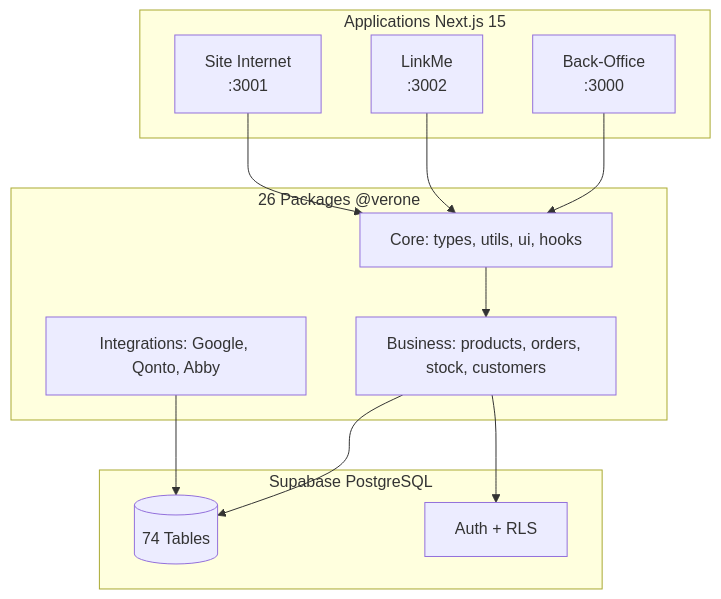
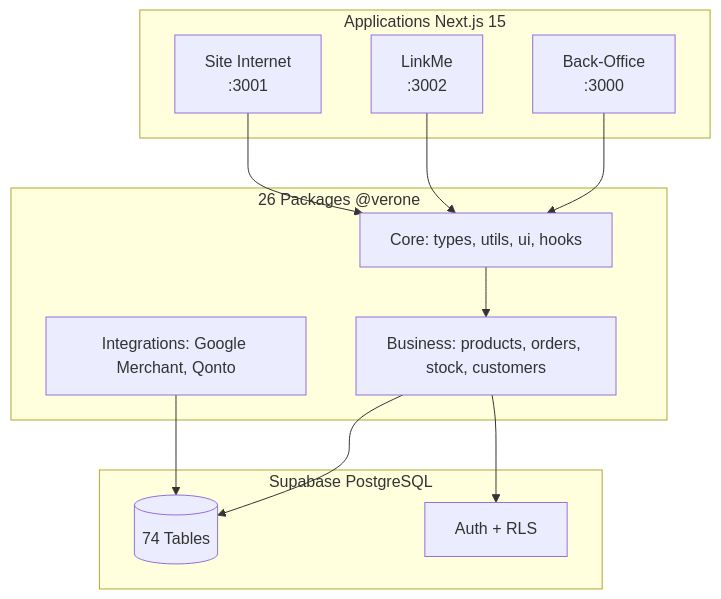
Before and after one commit to Verone2021/Verone-V1: the diagram in README.md, drawn with Mermaid. The commit also changed 19 other files, not shown here.

````diff
--- a/README.md
+++ b/README.md
@@ -9,27 +9,27 @@
 ```mermaid
 graph TB
     subgraph Apps["Applications Next.js 15"]
         BO["Back-Office<br/>:3000"]
         LM["LinkMe<br/>:3002"]
         SI["Site Internet<br/>:3001"]
     end
 
     subgraph Packages["26 Packages @verone"]
         CORE["Core: types, utils, ui, hooks"]
         BIZ["Business: products, orders, stock, customers"]
-        INT["Integrations: Google, Qonto, Abby"]
+        INT["Integrations: Google Merchant, Qonto"]
     end
 
     subgraph Supabase["Supabase PostgreSQL"]
         DB[("74 Tables")]
         AUTH["Auth + RLS"]
     end
 
     BO --> CORE
     LM --> CORE
     SI --> CORE
     CORE --> BIZ
     BIZ --> DB
     BIZ --> AUTH
     INT --> DB
 ```
````
